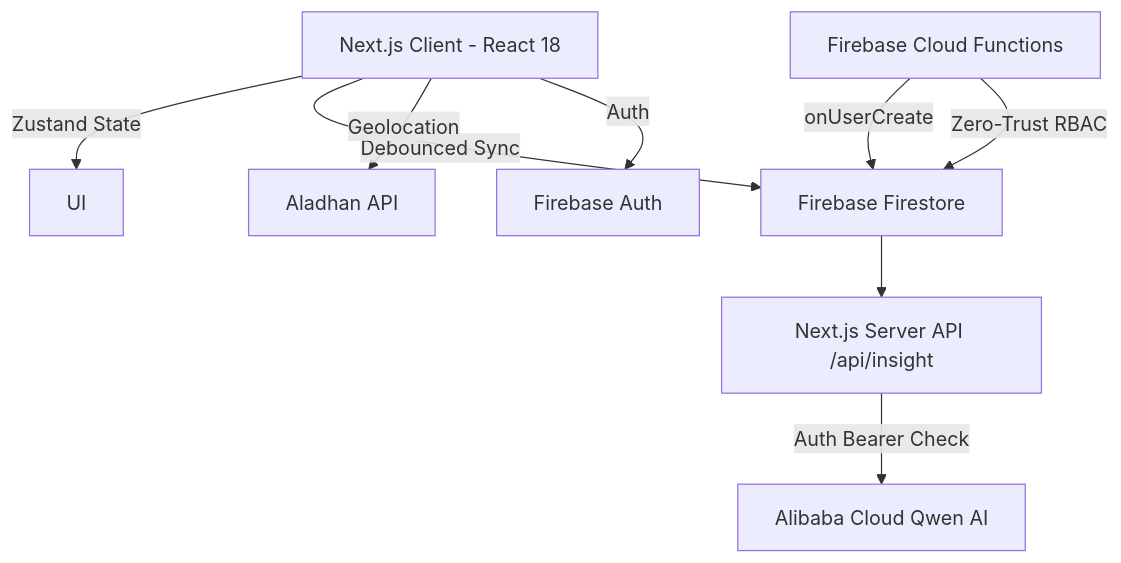
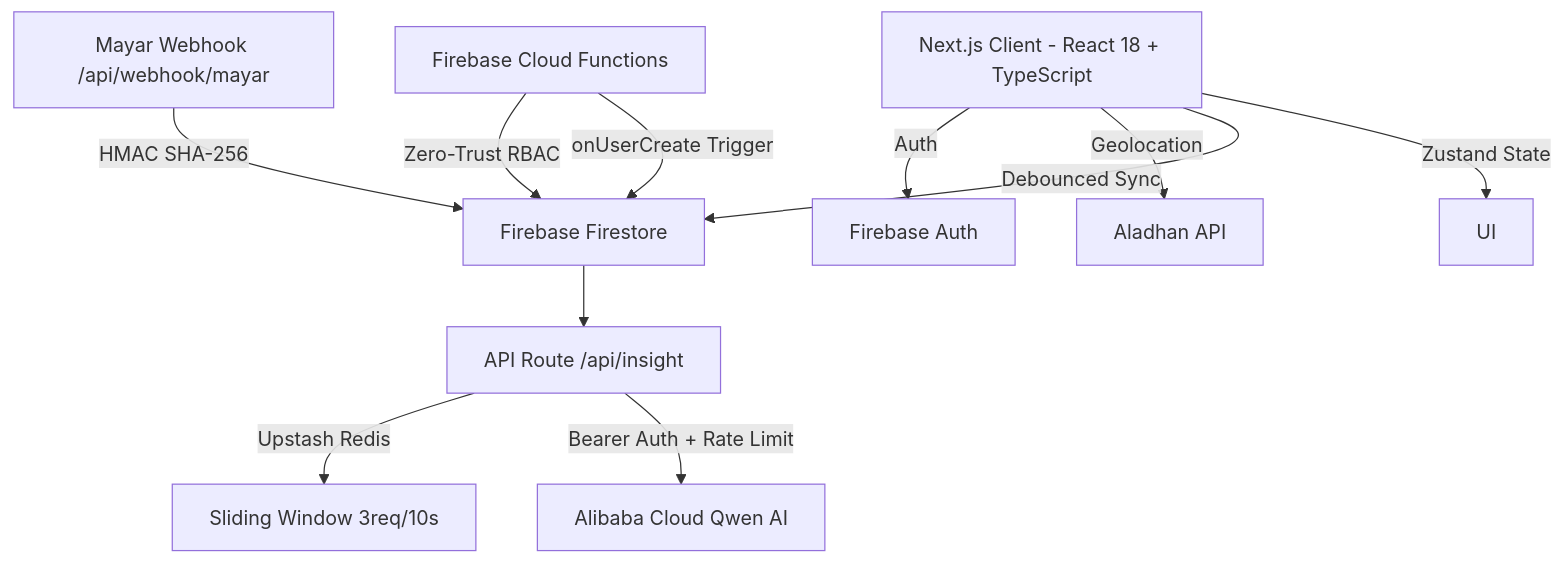
Before and after one commit to 0xshalah/Ramadhan-VibeTracker-V2: the diagram in README.md, drawn with Mermaid. The commit also changed other lines of this file and 7 other files, not shown here.

````diff
--- a/README.md
+++ b/README.md
@@ -38,13 +39,16 @@
 ```mermaid
 graph TD;
-    Client[Next.js Client - React 18] -->|Zustand State| UI;
+    Client[Next.js Client - React 18 + TypeScript] -->|Zustand State| UI;
     Client -->|Debounced Sync| Firestore[Firebase Firestore];
     Client -->|Geolocation| Aladhan[Aladhan API];
     Client -->|Auth| FirebaseAuth[Firebase Auth];
     
-    API_Insight[Next.js Server API /api/insight] -->|Auth Bearer Check| LLM[Alibaba Cloud Qwen AI];
+    API_Insight[API Route /api/insight] -->|Bearer Auth + Rate Limit| LLM[Alibaba Cloud Qwen AI];
+    API_Insight -->|Upstash Redis| RateLimit[Sliding Window 3req/10s];
     Firestore --> API_Insight;
     
-    CloudFunctions[Firebase Cloud Functions] -->|onUserCreate| Firestore;
+    CloudFunctions[Firebase Cloud Functions] -->|onUserCreate Trigger| Firestore;
     CloudFunctions -->|Zero-Trust RBAC| Firestore;
+    
+    Webhook[Mayar Webhook /api/webhook/mayar] -->|HMAC SHA-256| Firestore;
 ```
````
